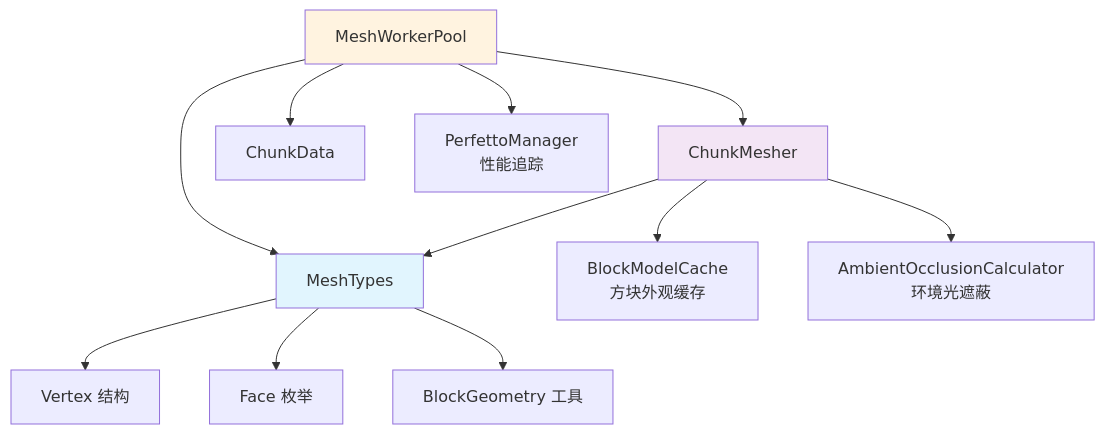
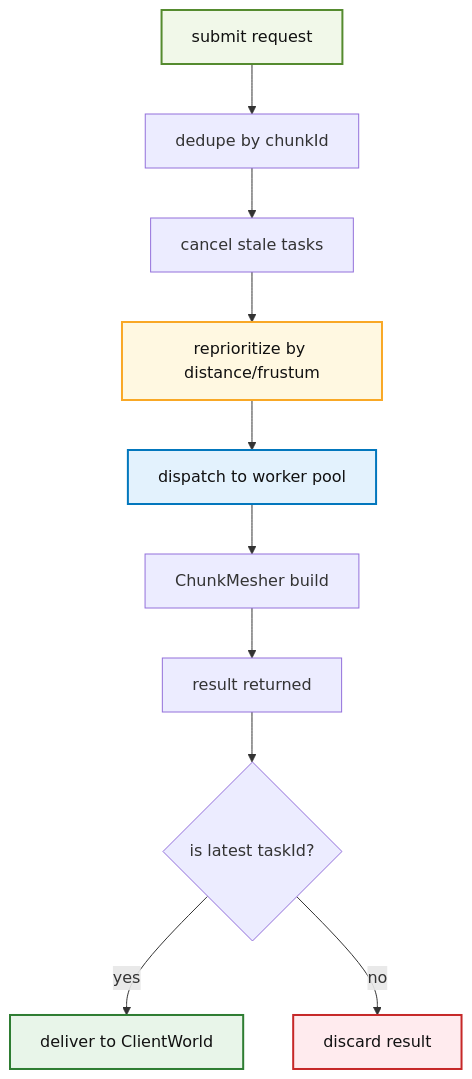
The second of 2 diagrams in src/client/renderer/mesh/README.md (g122622/Cubium), drawn with Mermaid before and after one commit. The commit also changed other lines of this file and 21 other files, not shown here.

````diff
--- a/src/client/renderer/mesh/README.md
+++ b/src/client/renderer/mesh/README.md
@@ -245,19 +156,18 @@
 ```mermaid
-graph TB
-    A[MeshWorkerPool] --> B[ChunkMesher]
-    A --> C[MeshTypes]
-    A --> D[ChunkData]
-    A --> E[PerfettoManager<br/>性能追踪]
-    
-    B --> F[BlockModelCache<br/>方块外观缓存]
-    B --> G[AmbientOcclusionCalculator<br/>环境光遮蔽]
-    B --> C
-    
-    C --> H[Vertex 结构]
-    C --> I[Face 枚举]
-    C --> J[BlockGeometry 工具]
-    
-    style A fill:#fff3e0
-    style B fill:#f3e5f5
-    style C fill:#e1f5fe
+flowchart TD
+    A[submit request] --> B[dedupe by chunkId]
+    B --> C[cancel stale tasks]
+    C --> D[reprioritize by distance/frustum]
+    D --> E[dispatch to worker pool]
+    E --> F[ChunkMesher build]
+    F --> G[result returned]
+    G --> H{is latest taskId?}
+    H -->|yes| I[deliver to ClientWorld]
+    H -->|no| J[discard result]
+
+    style A fill:#f1f8e9,stroke:#558b2f,stroke-width:2px,color:#111
+    style D fill:#fff8e1,stroke:#f9a825,stroke-width:2px,color:#111
+    style E fill:#e3f2fd,stroke:#0277bd,stroke-width:2px,color:#111
+    style I fill:#e8f5e9,stroke:#2e7d32,stroke-width:2px,color:#111
+    style J fill:#ffebee,stroke:#c62828,stroke-width:2px,color:#111
 ```
````
